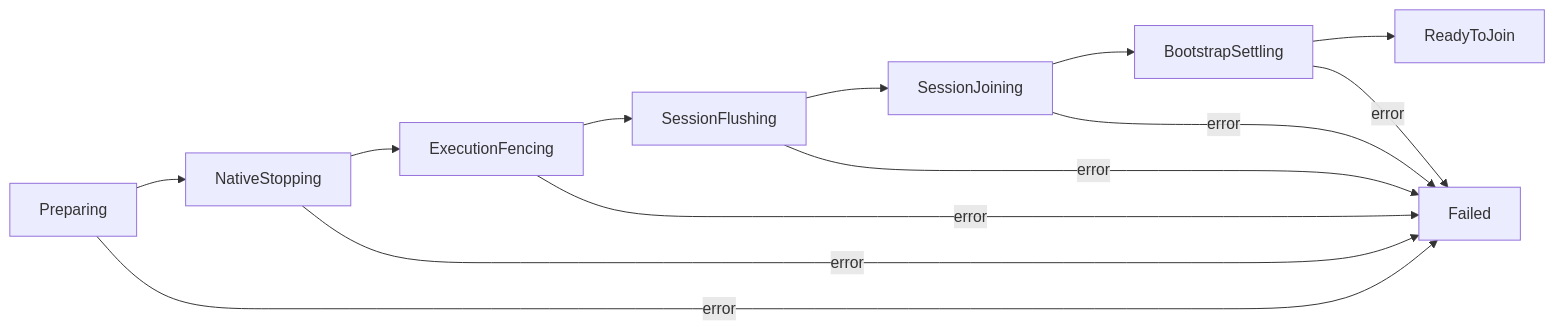
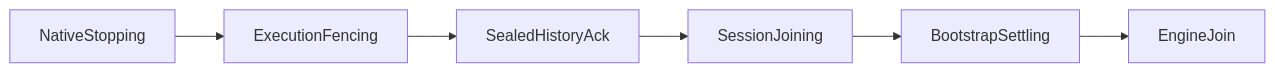
One commit to agentydragon/ducktape changed the third of 3 diagrams in agentplane/env/runtime/docs/cosi.md. Above: the diagram before and after it, drawn with Mermaid. The commit also changed other lines of this file and 21 other files, not shown here.

````diff
--- a/agentplane/env/runtime/docs/cosi.md
+++ b/agentplane/env/runtime/docs/cosi.md
@@ -171,5 +170,4 @@
 ```mermaid
 flowchart LR
-  Preparing --> NativeStopping --> ExecutionFencing --> SessionFlushing --> SessionJoining --> BootstrapSettling --> ReadyToJoin
-  Preparing & NativeStopping & ExecutionFencing & SessionFlushing & SessionJoining & BootstrapSettling -->|"error"| Failed
+  NativeStopping --> ExecutionFencing --> SealedHistoryAck --> SessionJoining --> BootstrapSettling --> EngineJoin
 ```
````
